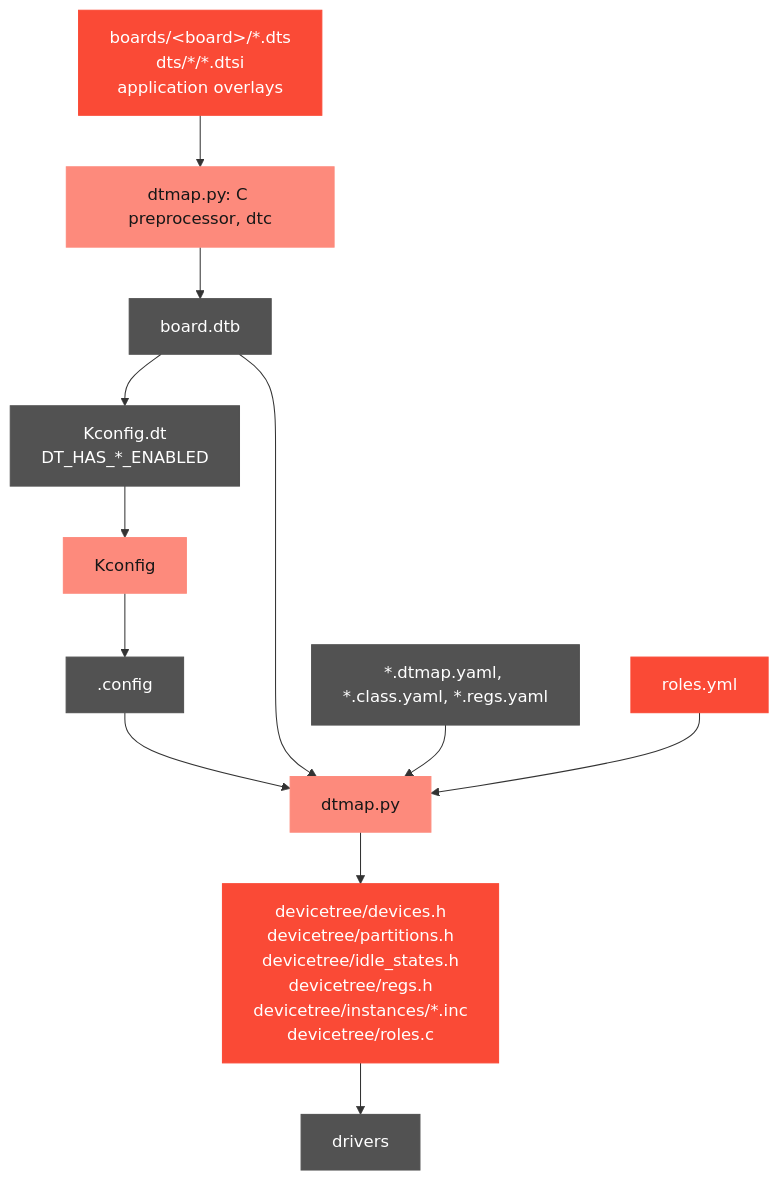
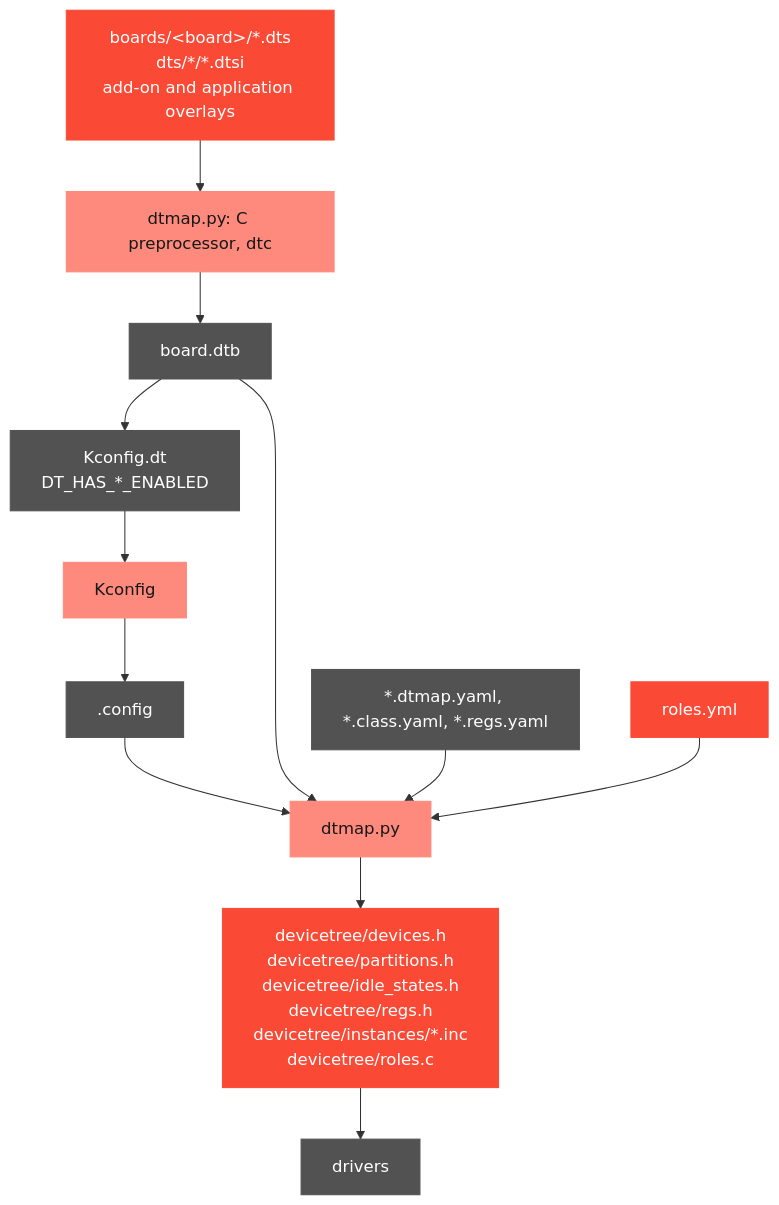
One commit to coredevices/PebbleOS changed the diagram in docs/development/build_system/devicetree.md. Above: the diagram before and after it, drawn with Mermaid. The commit also changed other lines of this file and 14 other files, not shown here.

First line of the commit message:
boards: plug add-ons into the connectors of a board

````diff
--- a/docs/development/build_system/devicetree.md
+++ b/docs/development/build_system/devicetree.md
@@ -62,25 +62,25 @@
 ```{mermaid}
 flowchart TD
-  dts["boards/&lt;board&gt;/*.dts<br/>dts/*/*.dtsi<br/>application overlays"]
+  dts["boards/&lt;board&gt;/*.dts<br/>dts/*/*.dtsi<br/>add-on and application overlays"]
   dtc["dtmap.py: C preprocessor, dtc"]
   dtb["board.dtb"]
   kdt["Kconfig.dt<br/>DT_HAS_*_ENABLED"]
   kconfig["Kconfig"]
   cfg[".config"]
   dtmap["dtmap.py"]
   specs["*.dtmap.yaml, *.class.yaml, *.regs.yaml"]
   roles["roles.yml"]
   out["devicetree/devices.h<br/>devicetree/partitions.h<br/>devicetree/idle_states.h<br/>devicetree/regs.h<br/>devicetree/instances/*.inc<br/>devicetree/roles.c"]
   drv["drivers"]
   dts --> dtc --> dtb --> kdt --> kconfig --> cfg --> dtmap
   dtb --> dtmap
   specs --> dtmap --> out --> drv
   roles --> dtmap
 
   classDef app fill:#fa4a36,stroke:#fa4a36,color:#ffffff
   classDef system fill:#fd8a7c,stroke:#fd8a7c,color:#171717
   classDef base fill:#525252,stroke:#525252,color:#ffffff
   class dts,roles,out app
   class dtc,kconfig,dtmap system
   class dtb,kdt,cfg,specs,drv base
 ```
````
